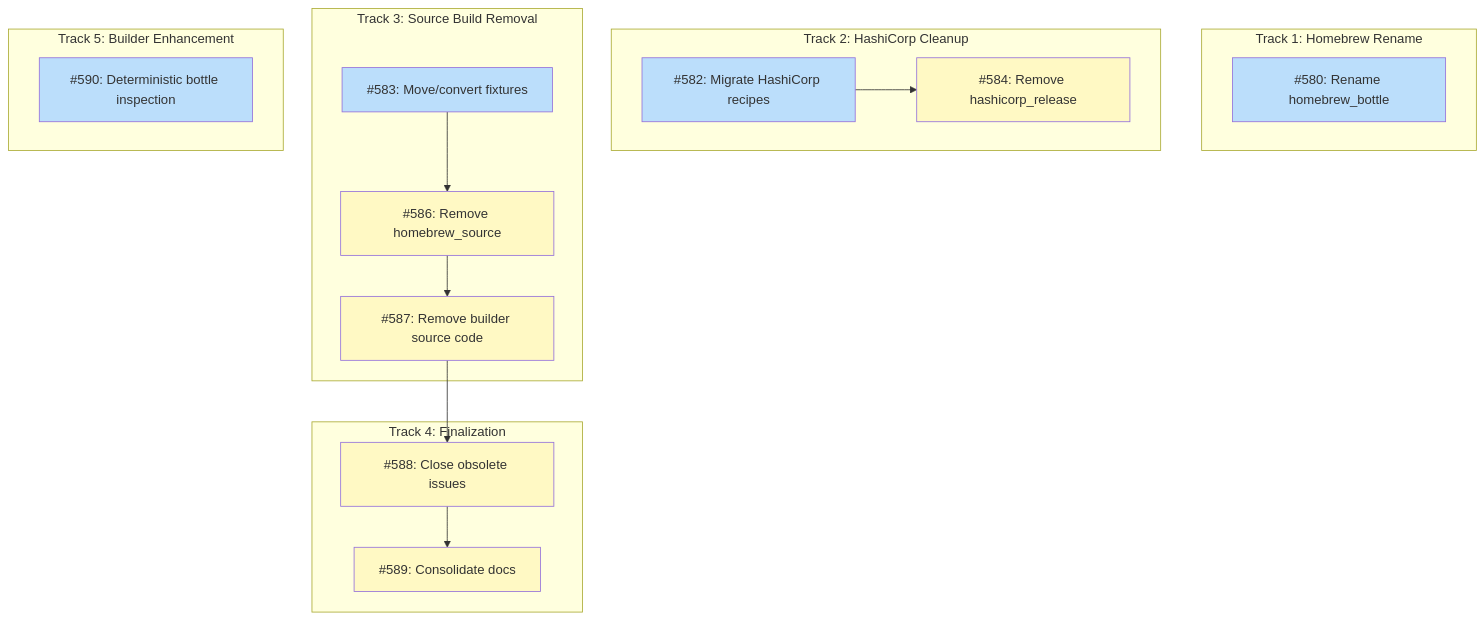
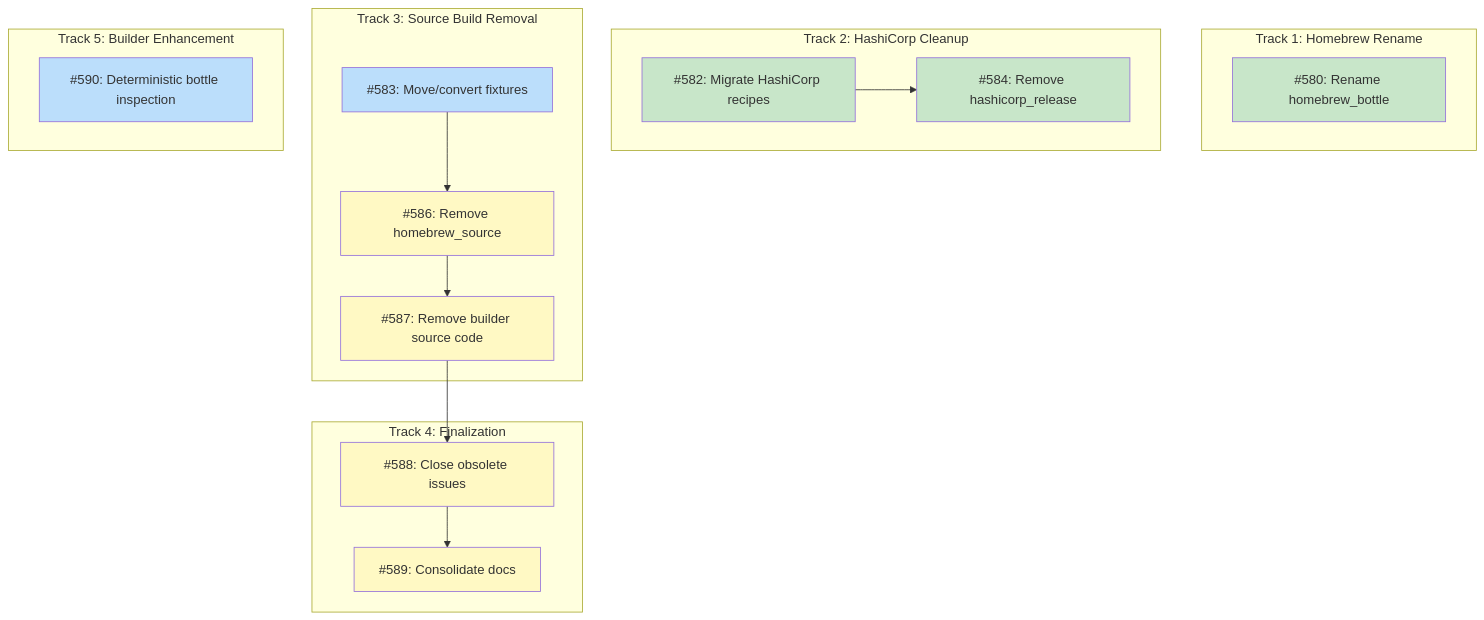
The diagram in docs/DESIGN-homebrew-cleanup.md (tsukumogami/tsuku), drawn with Mermaid before and after one commit. The commit also changed other lines of this file and 28 other files, not shown here.

````diff
--- a/docs/DESIGN-homebrew-cleanup.md
+++ b/docs/DESIGN-homebrew-cleanup.md
@@ -23,40 +23,41 @@
 ```mermaid
 graph TD
     subgraph Track1["Track 1: Homebrew Rename"]
         I580["#580: Rename homebrew_bottle"]
     end
 
     subgraph Track2["Track 2: HashiCorp Cleanup"]
         I582["#582: Migrate HashiCorp recipes"]
         I584["#584: Remove hashicorp_release"]
     end
 
     subgraph Track3["Track 3: Source Build Removal"]
         I583["#583: Move/convert fixtures"]
         I586["#586: Remove homebrew_source"]
         I587["#587: Remove builder source code"]
     end
 
     subgraph Track4["Track 4: Finalization"]
         I588["#588: Close obsolete issues"]
         I589["#589: Consolidate docs"]
     end
 
     subgraph Track5["Track 5: Builder Enhancement"]
         I590["#590: Deterministic bottle inspection"]
     end
 
     I582 --> I584
     I583 --> I586
     I586 --> I587
     I587 --> I588
     I588 --> I589
 
     classDef done fill:#c8e6c9
     classDef ready fill:#bbdefb
     classDef blocked fill:#fff9c4
     classDef needsDesign fill:#e1bee7
 
-    class I580,I582,I583,I590 ready
-    class I584,I586,I587,I588,I589 blocked
+    class I580,I582,I584 done
+    class I583,I590 ready
+    class I586,I587,I588,I589 blocked
 ```
````
